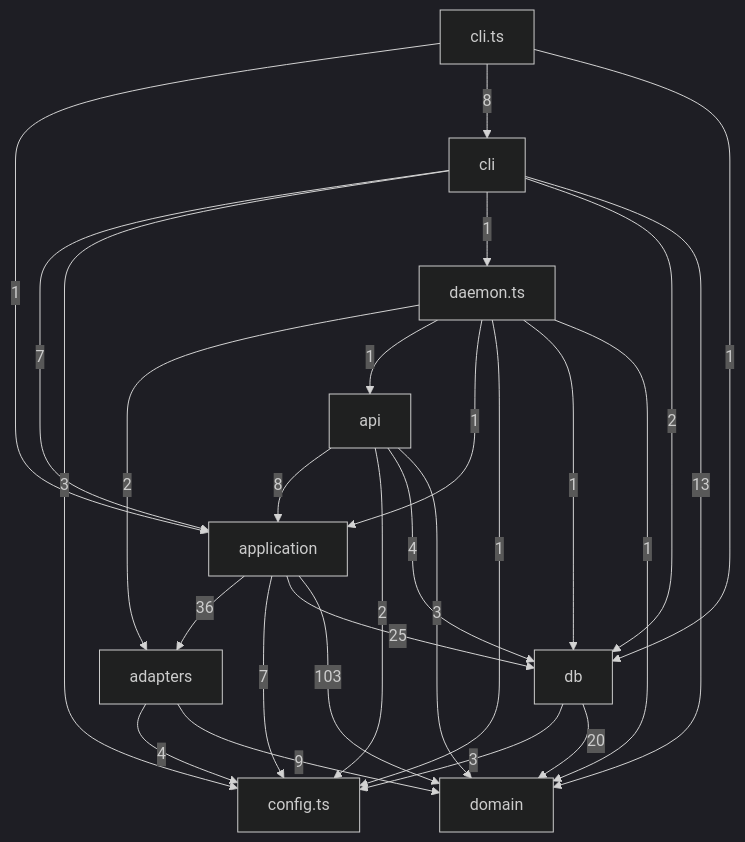
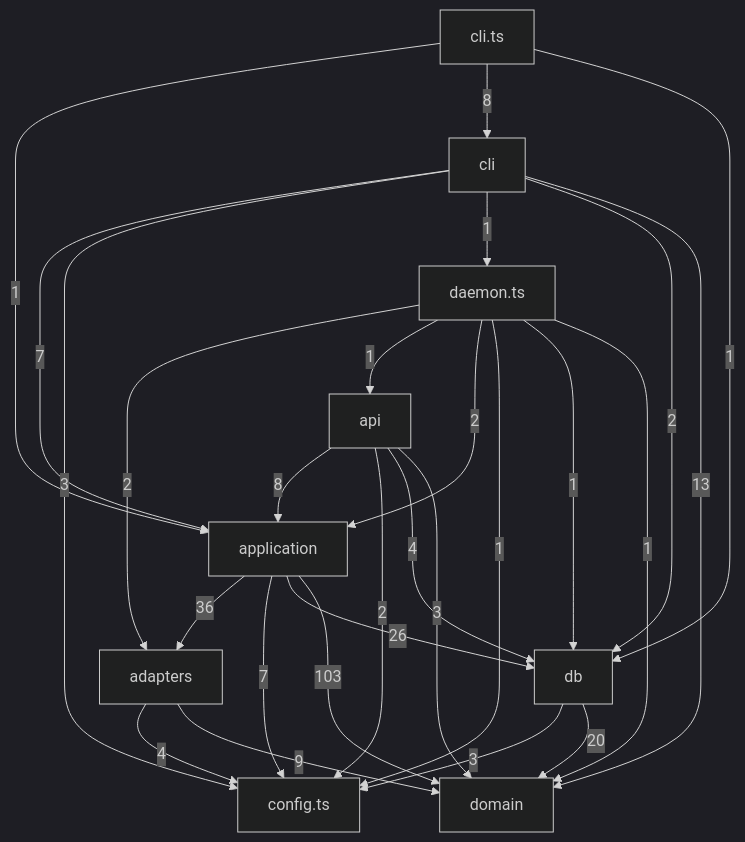
Before and after one commit to tomrobdev/agentdeck: the third of 5 diagrams in docs/architecture.md, drawn with Mermaid (dark theme). The commit also changed other lines of this file and 12 other files, not shown here.

````diff
--- a/docs/architecture.md
+++ b/docs/architecture.md
@@ -95,38 +95,38 @@
 ```mermaid
 flowchart TD
   adapters["adapters"]
   api["api"]
   application["application"]
   cli["cli"]
   cli_ts["cli.ts"]
   config_ts["config.ts"]
   daemon_ts["daemon.ts"]
   db["db"]
   domain["domain"]
   adapters -->|4| config_ts
   adapters -->|9| domain
   api -->|8| application
   api -->|2| config_ts
   api -->|4| db
   api -->|3| domain
   application -->|36| adapters
   application -->|7| config_ts
-  application -->|25| db
+  application -->|26| db
   application -->|103| domain
   cli_ts -->|1| application
   cli_ts -->|8| cli
   cli_ts -->|1| db
   cli -->|7| application
   cli -->|3| config_ts
   cli -->|1| daemon_ts
   cli -->|2| db
   cli -->|13| domain
   daemon_ts -->|2| adapters
   daemon_ts -->|1| api
-  daemon_ts -->|1| application
+  daemon_ts -->|2| application
   daemon_ts -->|1| config_ts
   daemon_ts -->|1| db
   daemon_ts -->|1| domain
   db -->|3| config_ts
   db -->|20| domain
 ```
````
